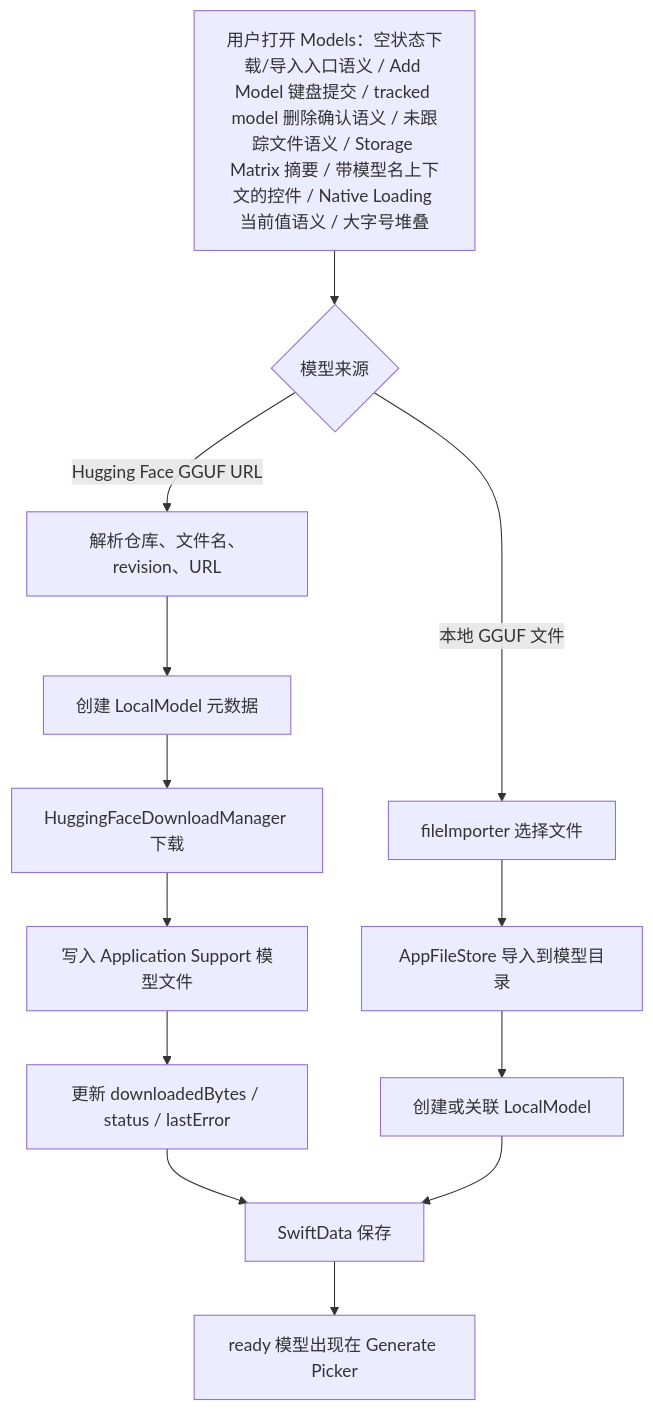
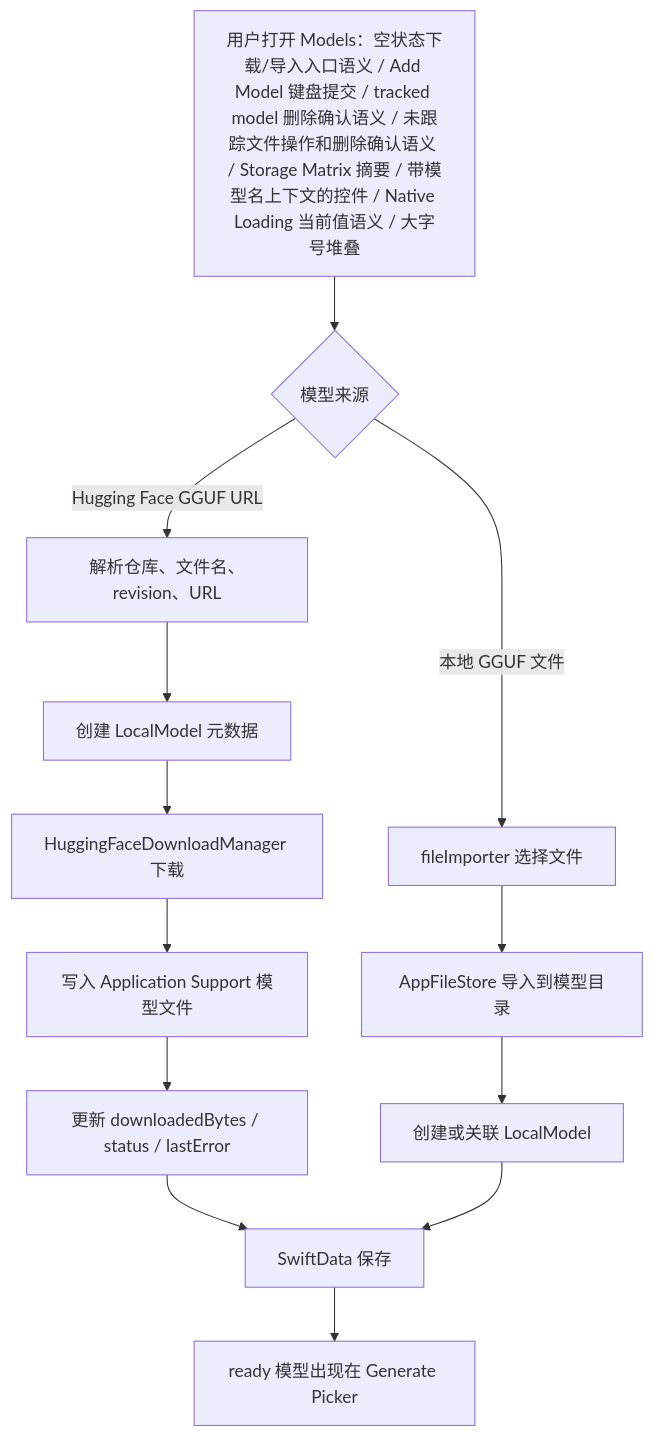
One commit to Altman-sam114/118 changed the third of 7 diagrams in md/flow/flowchart.md. Above: the diagram before and after it, drawn with Mermaid. The commit also changed other lines of this file and 5 other files, not shown here.

````diff
--- a/md/flow/flowchart.md
+++ b/md/flow/flowchart.md
@@ -66,15 +66,15 @@
 ```mermaid
 flowchart TD
-  A["用户打开 Models：空状态下载/导入入口语义 / Add Model 键盘提交 / tracked model 删除确认语义 / 未跟踪文件语义 / Storage Matrix 摘要 / 带模型名上下文的控件 / Native Loading 当前值语义 / 大字号堆叠"] --> B{"模型来源"}
+  A["用户打开 Models：空状态下载/导入入口语义 / Add Model 键盘提交 / tracked model 删除确认语义 / 未跟踪文件操作和删除确认语义 / Storage Matrix 摘要 / 带模型名上下文的控件 / Native Loading 当前值语义 / 大字号堆叠"] --> B{"模型来源"}
   B -- "Hugging Face GGUF URL" --> C["解析仓库、文件名、revision、URL"]
   C --> D["创建 LocalModel 元数据"]
   D --> E["HuggingFaceDownloadManager 下载"]
   E --> F["写入 Application Support 模型文件"]
   F --> G["更新 downloadedBytes / status / lastError"]
   B -- "本地 GGUF 文件" --> H["fileImporter 选择文件"]
   H --> I["AppFileStore 导入到模型目录"]
   I --> J["创建或关联 LocalModel"]
   G --> K["SwiftData 保存"]
   J --> K
   K --> L["ready 模型出现在 Generate Picker"]
 ```
````
